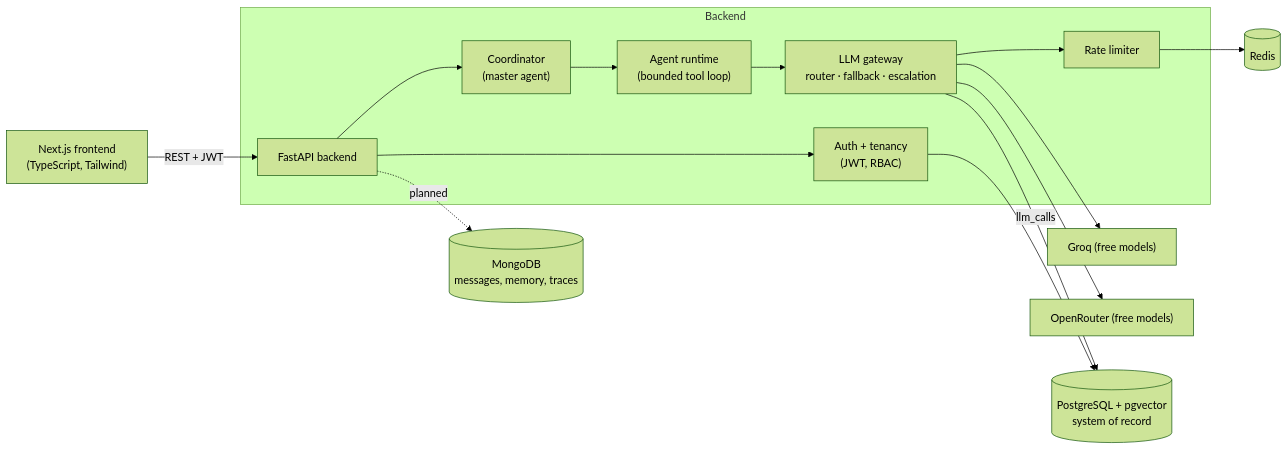
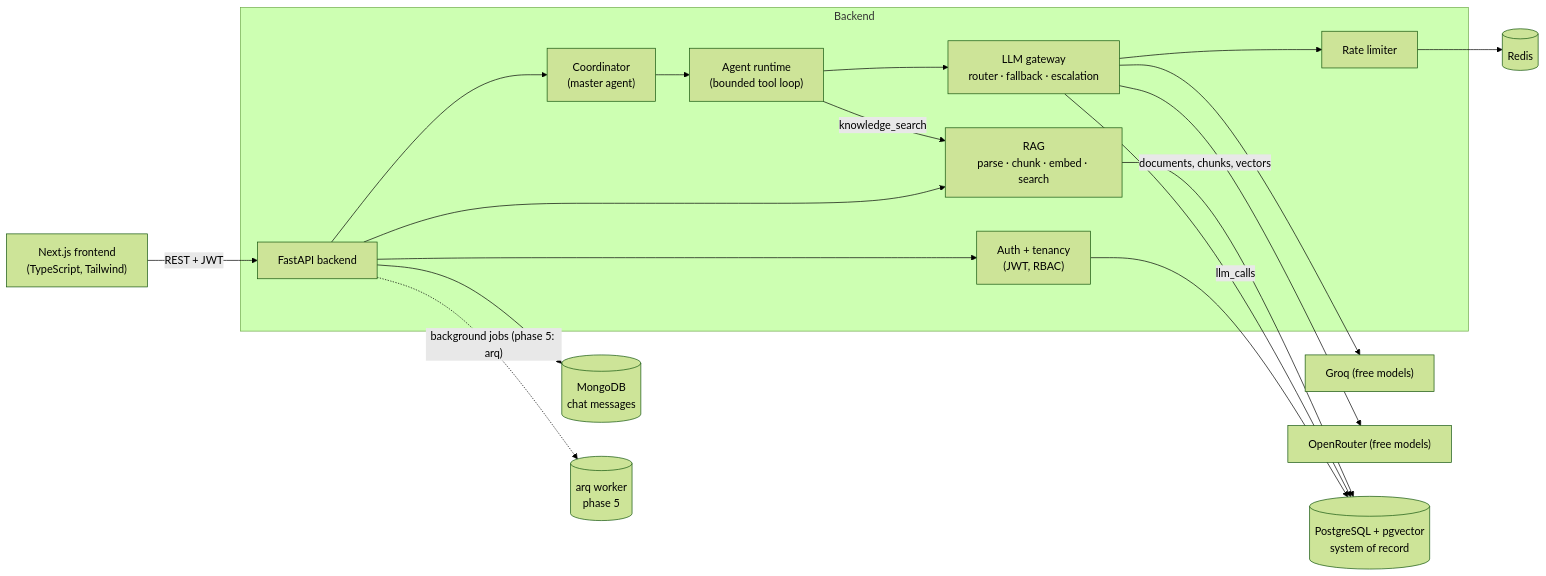
One commit to priyanshsingh11/Cogniflow changed the diagram in README.md. Above: the diagram before and after it, drawn with Mermaid (forest theme). The commit also changed other lines of this file and 31 other files, not shown here.

````diff
--- a/README.md
+++ b/README.md
@@ -49,19 +51,23 @@
 ```mermaid
 flowchart LR
     UI["Next.js frontend<br/>(TypeScript, Tailwind)"] -->|REST + JWT| API["FastAPI backend"]
 
     subgraph Backend
         API --> AUTH["Auth + tenancy<br/>(JWT, RBAC)"]
         API --> COORD["Coordinator<br/>(master agent)"]
         COORD --> RUNTIME["Agent runtime<br/>(bounded tool loop)"]
         RUNTIME --> GW["LLM gateway<br/>router · fallback · escalation"]
         GW --> RL["Rate limiter"]
+        API --> RAG["RAG<br/>parse · chunk · embed · search"]
+        RUNTIME -->|"knowledge_search"| RAG
     end
 
     GW --> GROQ["Groq (free models)"]
     GW --> OR["OpenRouter (free models)"]
     AUTH --> PG[("PostgreSQL + pgvector<br/>system of record")]
     GW -->|llm_calls| PG
+    RAG -->|documents, chunks, vectors| PG
     RL --> REDIS[("Redis")]
-    API -.planned.-> MONGO[("MongoDB<br/>messages, memory, traces")]
+    API --> MONGO[("MongoDB<br/>chat messages")]
+    API -.background jobs (phase 5: arq).-> QUEUE[("arq worker<br/>phase 5")]
 ```
````
